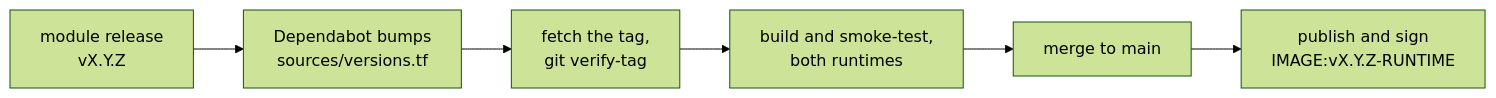
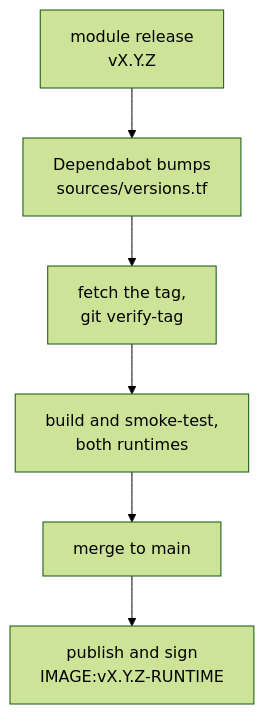
Before and after one commit to captf-io/captf-io.github.io: the second of 2 diagrams in docs/blog/posts/2026-10-06-captf-v0-1.md, drawn with Mermaid (forest theme). The commit also changed 8 other files, not shown here.

First line of the commit message:
docs: draw the flow diagrams top to bottom

````diff
--- a/docs/blog/posts/2026-10-06-captf-v0-1.md
+++ b/docs/blog/posts/2026-10-06-captf-v0-1.md
@@ -171,8 +171,8 @@
 ```mermaid
-flowchart LR
+flowchart TD
     R["module release<br/>vX.Y.Z"] --> D["Dependabot bumps<br/>sources/versions.tf"]
     D --> F["fetch the tag,<br/>git verify-tag"]
     F --> B["build and smoke-test,<br/>both runtimes"]
     B --> M[merge to main]
     M --> P["publish and sign<br/>IMAGE:vX.Y.Z-RUNTIME"]
 ```
````
